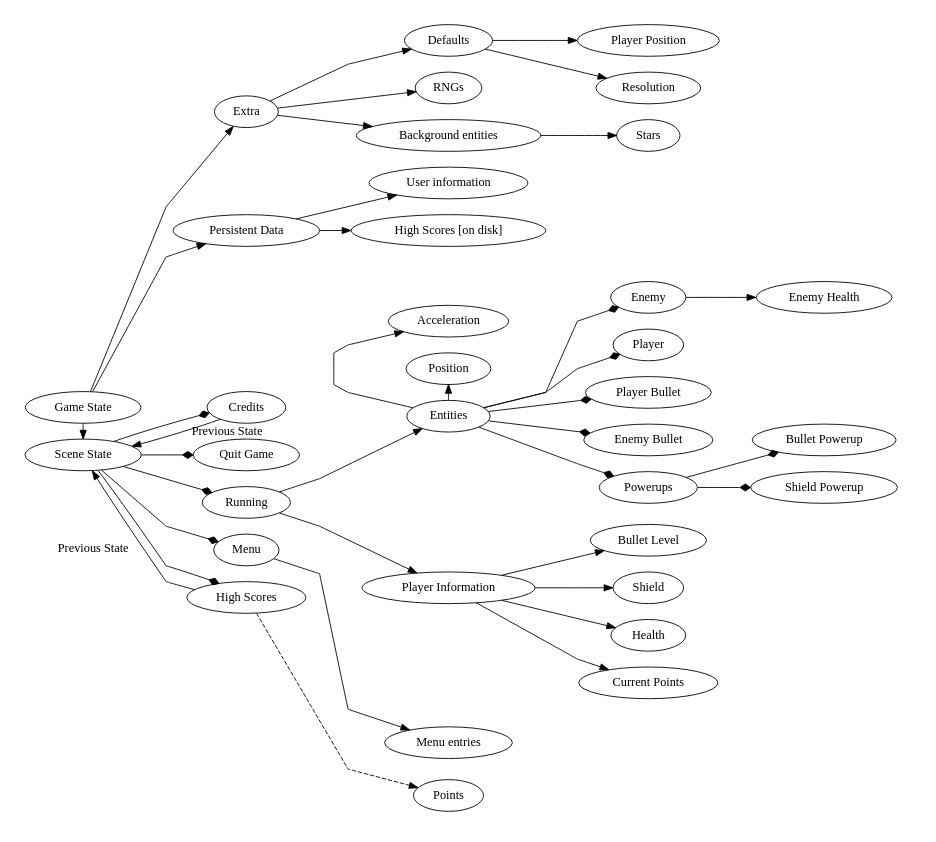
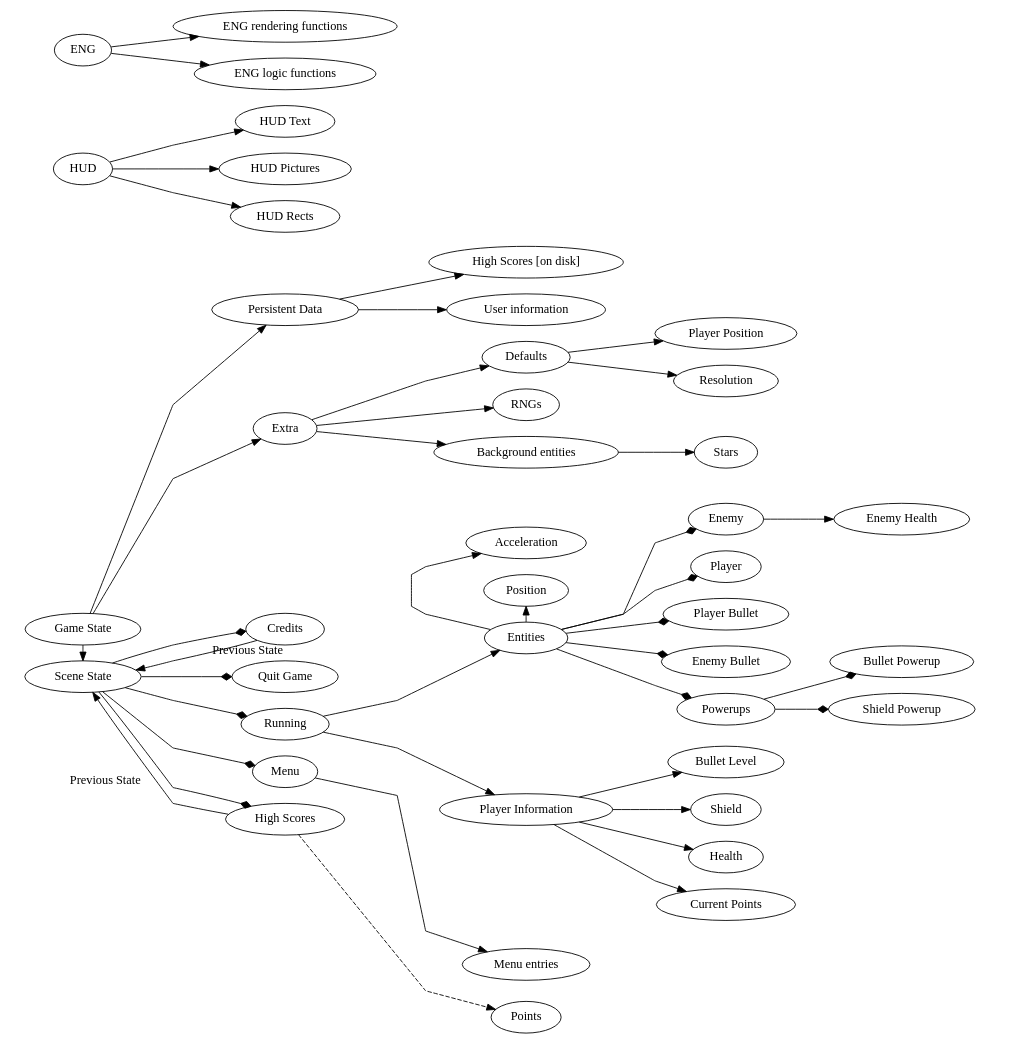
The diagram in doc/letvezi.dot (EXio4/letvezi), drawn with Graphviz before and after one commit. The commit also changed 1 other file, not shown here.

Commit message:
[doc] add hud/eng

```diff
--- a/doc/letvezi.dot
+++ b/doc/letvezi.dot
@@ -1,79 +1,88 @@
 digraph Letvezi {
     subgraph cluster_main {
             color=invis;
             { rank=same; "Game State"; "Scene State"; }
     }
     subgraph cluster_common {
             color=invis;
             "Persistent Data";
             "High Scores [on disk]" "User information";
             "Extra";
             "Background entities" "RNGs" "Defaults";
             "Stars" "Player Position" "Resolution";
     }
     subgraph cluster_game_state {
             color=invis;
             "Running"  "Menu" "High Scores" "Credits" "Quit Game";
             subgraph cluster_s_menu {
                 color=invis;
                 "Menu entries";
             }
             subgraph cluster_s_high_scores {
                 color=invis;
                 "Points";
             }
             subgraph cluster_s_running {
                 color=invis;
                 subgraph cluster_r_entities {
                     "Entities"
                     "Position" "Acceleration";
                     { rank=same; "Position"; "Entities"; "Acceleration"; }
                     "Player" "Enemy" "Powerups" "Enemy Bullet" "Player Bullet";
                     "Enemy Health" "Shield Powerup" "Bullet Powerup";
                     { rank=same; "Player"; "Enemy"; "Powerups"; "Enemy Bullet"; "Player Bullet"; };
                     { rank=same; "Shield Powerup"; "Bullet Powerup"; };
                 };
                 subgraph cluster_r_player_info {
                     "Player Information";
                     "Current Points" "Health" "Shield" "Bullet Level";
                 };
             }
     }
 
 
+
     rankdir=LR;
     splines=polyline;
+
+    "HUD" -> "HUD Text"
+    "HUD" -> "HUD Pictures"
+    "HUD" -> "HUD Rects"
+
+    "ENG" -> "ENG rendering functions"
+    "ENG" -> "ENG logic functions"
+
     "Persistent Data" -> "High Scores [on disk]"
     "Persistent Data" -> "User information"
     "Extra" -> "Background entities"
     "Background entities" -> "Stars"
     "Extra" -> "RNGs"
     "Extra" -> "Defaults"
     "Defaults" -> "Player Position"
     "Defaults" -> "Resolution"
     "Game State" -> "Persistent Data"
     "Game State" -> "Extra"
     "Game State" -> "Scene State"
     "Scene State" -> "Menu" [arrowhead=diamond]
     "Scene State" -> "High Scores" [arrowhead=diamond]
     "Scene State" -> "Credits" [arrowhead=diamond]
     "Scene State" -> "Quit Game" [arrowhead=diamond]
     "Scene State" -> "Running" [arrowhead=diamond]
     "Menu" -> "Menu entries"
     "High Scores" -> "Points" [style=dashed]
     "High Scores" -> "Scene State" [xlabel="Previous State"]
     "Credits" -> "Scene State" [xlabel="Previous State"]
     "Running" -> "Entities"
     "Running" -> "Player Information"
     "Player Information" -> {"Current Points", "Health", "Shield", "Bullet Level"}
     "Entities" -> "Player" [arrowhead=diamond]
     "Entities" -> "Enemy"  [arrowhead=diamond]
     "Entities" -> "Powerups" [arrowhead=diamond]
     "Entities" -> "Player Bullet" [arrowhead=diamond]
     "Entities" -> "Enemy Bullet" [arrowhead=diamond]
     "Entities" -> "Position"
     "Entities" -> "Acceleration"
     "Enemy" -> "Enemy Health"
     "Powerups" -> "Shield Powerup" [arrowhead=diamond]
     "Powerups" -> "Bullet Powerup" [arrowhead=diamond]
 }
```
